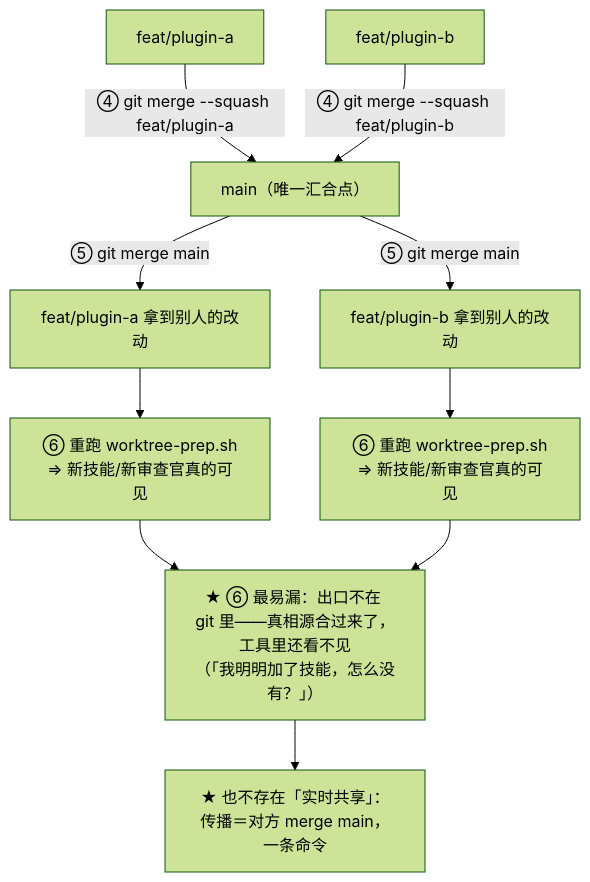
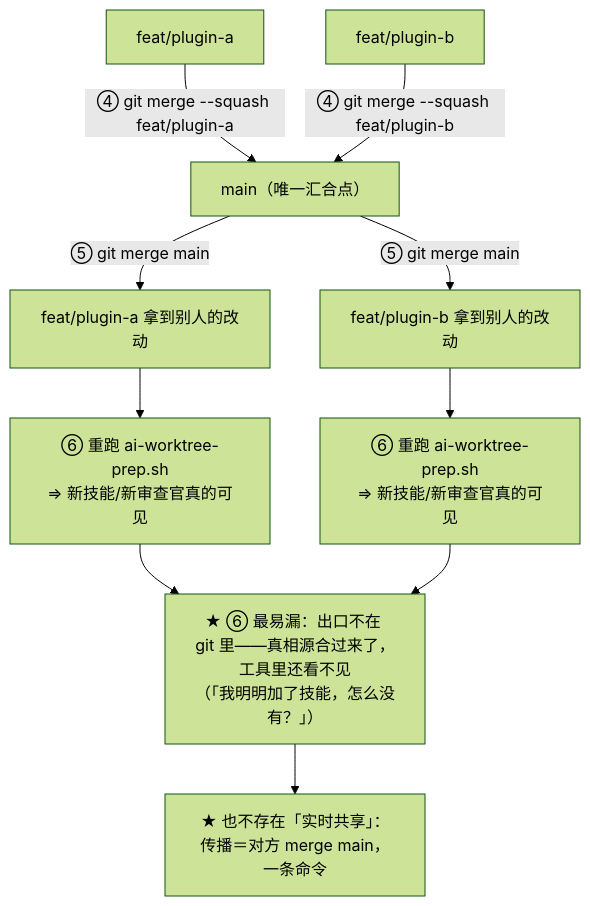
The fifth of 9 diagrams in docs/architecture/ai-context-engineering.md (adaios/adaios), drawn with Mermaid (forest theme) before and after one commit. The commit also changed other lines of this file and 90 other files, not shown here.

````diff
--- a/docs/architecture/ai-context-engineering.md
+++ b/docs/architecture/ai-context-engineering.md
@@ -194,15 +194,15 @@
 ```mermaid
 flowchart TD
     MAIN["main（唯一汇合点）"]
     A["feat/plugin-a"]
     B["feat/plugin-b"]
     A -->|"④ git merge --squash feat/plugin-a"| MAIN
     B -->|"④ git merge --squash feat/plugin-b"| MAIN
     MAIN -->|"⑤ git merge main"| A2["feat/plugin-a 拿到别人的改动"]
     MAIN -->|"⑤ git merge main"| B2["feat/plugin-b 拿到别人的改动"]
-    A2 --> A3["⑥ 重跑 worktree-prep.sh<br/>⇒ 新技能/新审查官真的可见"]
-    B2 --> B3["⑥ 重跑 worktree-prep.sh<br/>⇒ 新技能/新审查官真的可见"]
+    A2 --> A3["⑥ 重跑 ai-worktree-prep.sh<br/>⇒ 新技能/新审查官真的可见"]
+    B2 --> B3["⑥ 重跑 ai-worktree-prep.sh<br/>⇒ 新技能/新审查官真的可见"]
     A3 --> W["★ ⑥ 最易漏：出口不在 git 里——真相源合过来了，工具里还看不见<br/>（「我明明加了技能，怎么没有？」）"]
     B3 --> W
     W --> Y["★ 也不存在「实时共享」：传播＝对方 merge main，一条命令"]
 ```
````
